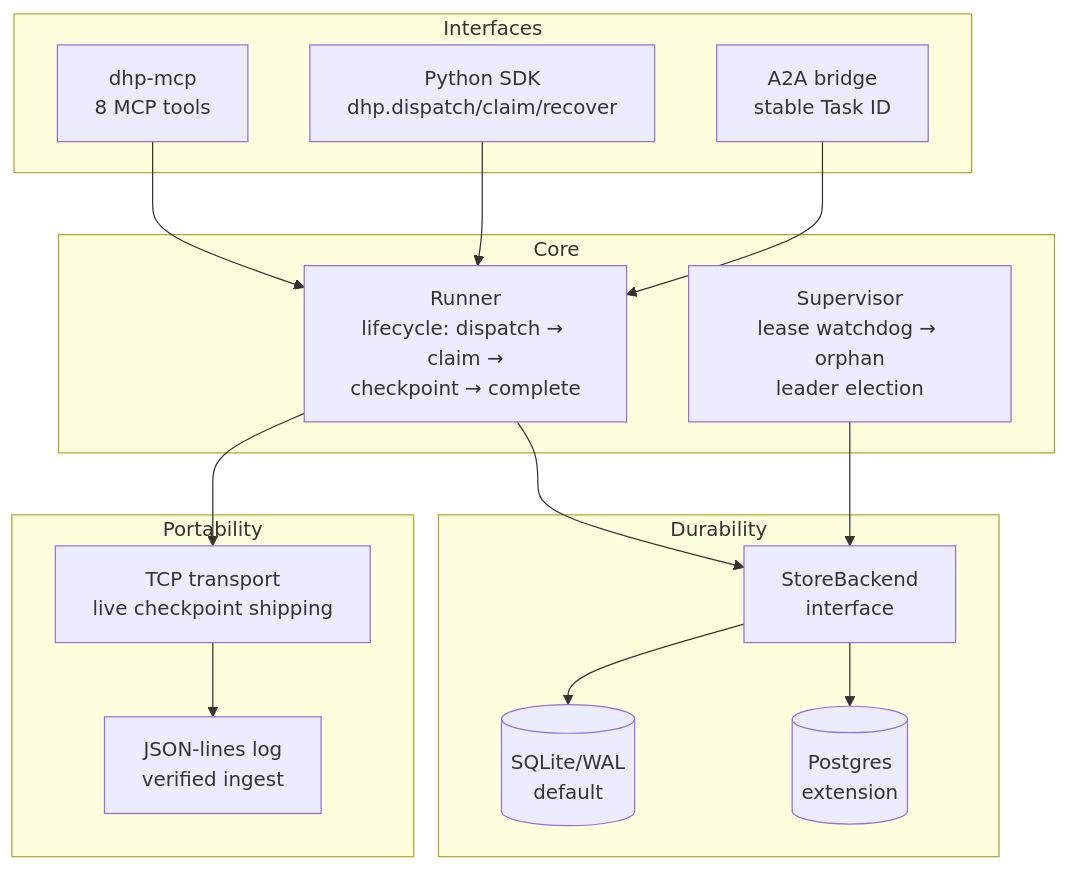
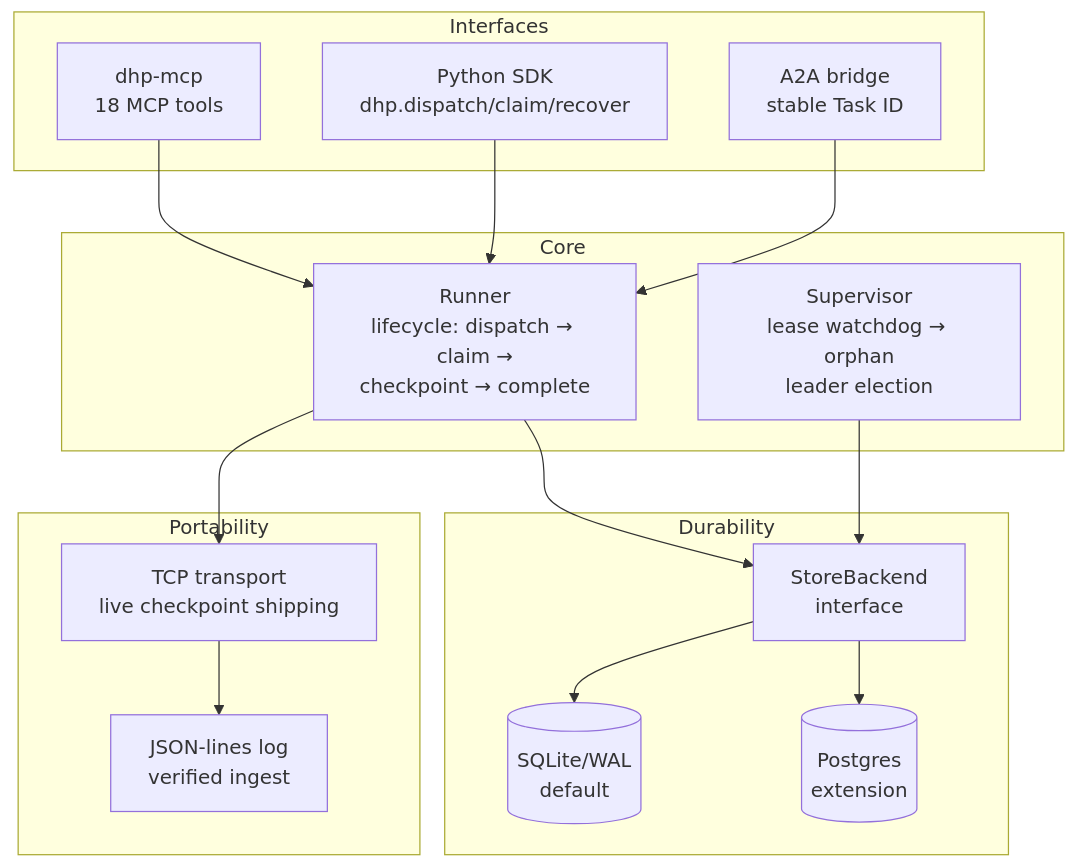
The diagram in README.md (SIDDARTHAREDDY8/dhp), drawn with Mermaid before and after one commit. The commit also changed other lines of this file and 2 other files, not shown here.

Commit message:
release: v1.3.0 (jsonschema dep, version sync, README numbers)

````diff
--- a/README.md
+++ b/README.md
@@ -196,30 +196,30 @@
 ```mermaid
 flowchart TB
     subgraph Interfaces
-        MCP[dhp-mcp<br/>8 MCP tools]
+        MCP[dhp-mcp<br/>18 MCP tools]
         SDK[Python SDK<br/>dhp.dispatch/claim/recover]
         A2A[A2A bridge<br/>stable Task ID]
     end
     subgraph Core
         R[Runner<br/>lifecycle: dispatch → claim →<br/>checkpoint → complete]
         S[Supervisor<br/>lease watchdog → orphan<br/>leader election]
     end
     subgraph Durability
         SB[StoreBackend<br/>interface]
         SQ[(SQLite/WAL<br/>default)]
         PG[(Postgres<br/>extension)]
     end
     subgraph Portability
         NET[TCP transport<br/>live checkpoint shipping]
         LOG[JSON-lines log<br/>verified ingest]
     end
     MCP --> R
     SDK --> R
     A2A --> R
     R --> SB
     S --> SB
     SB --> SQ
     SB --> PG
     R --> NET
     NET --> LOG
 ```
````
